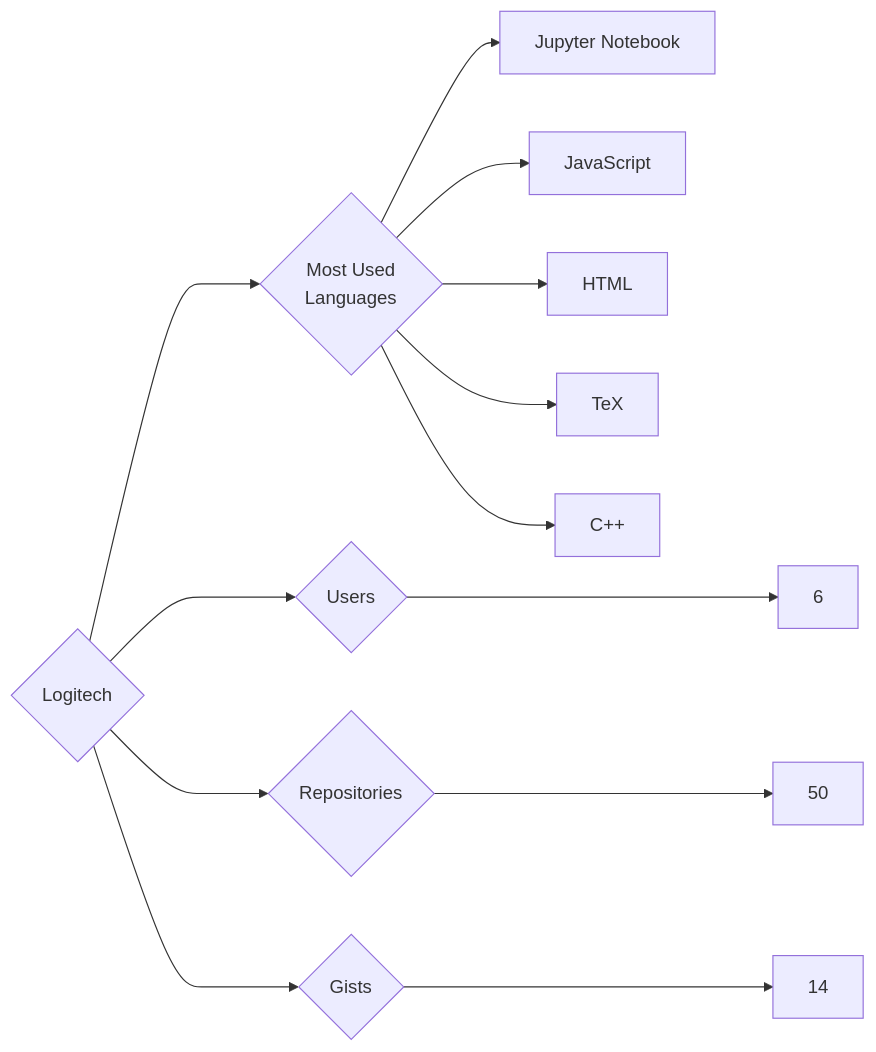
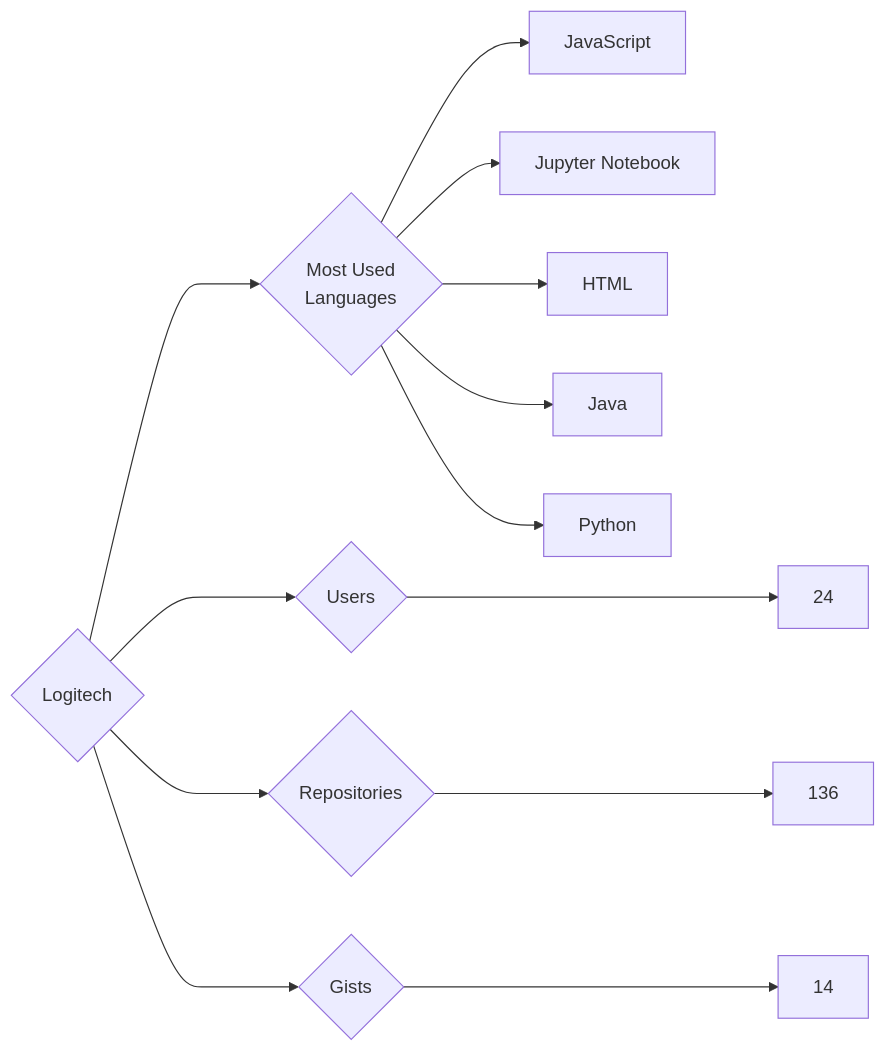
One commit to trickest/insiders changed the diagram in targets/Logitech/README.md. Above: the diagram before and after it, drawn with Mermaid. The commit also changed 809 other files, not shown here.

````diff
--- a/targets/Logitech/README.md
+++ b/targets/Logitech/README.md
@@ -3,13 +3,13 @@
 ```mermaid
 graph LR
 COMPANY_NAME{Logitech}
-COMPANY_NAME ---> U{Users} ---> UN[6]
-COMPANY_NAME ---> R{Repositories} ---> RN[50]
+COMPANY_NAME ---> U{Users} ---> UN[24]
+COMPANY_NAME ---> R{Repositories} ---> RN[136]
 COMPANY_NAME ---> G{Gists} ---> GN[14]
 COMPANY_NAME ---> ML{Most Used<br>Languages}
+ML --> JavaScript[JavaScript]
 ML --> Jupyter_Notebook[Jupyter Notebook]
-ML --> JavaScript[JavaScript]
 ML --> HTML[HTML]
-ML --> TeX[TeX]
-ML --> C++[C++]
+ML --> Java[Java]
+ML --> Python[Python]
 ```
````
